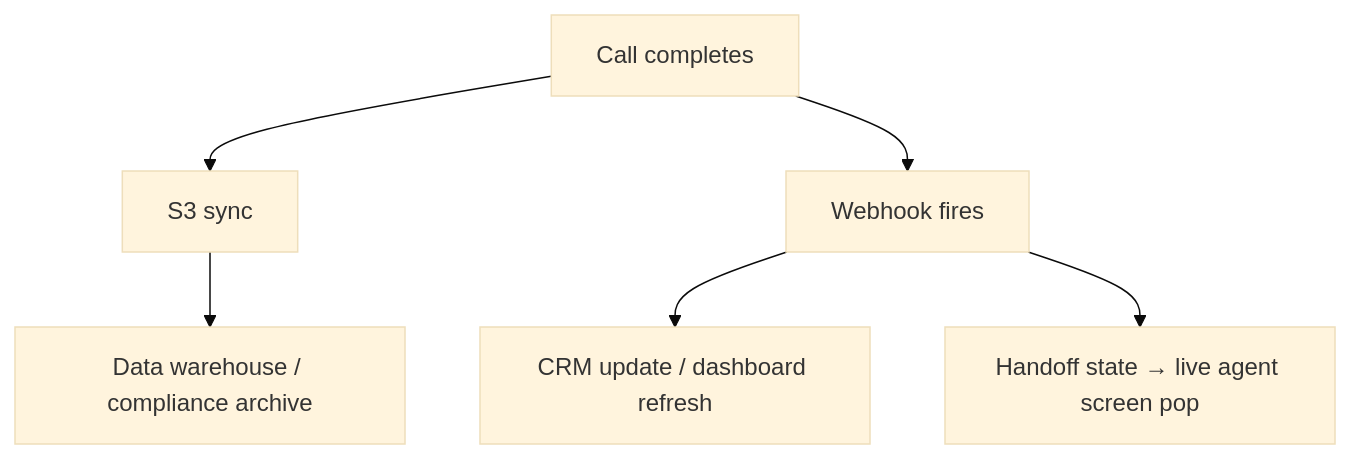
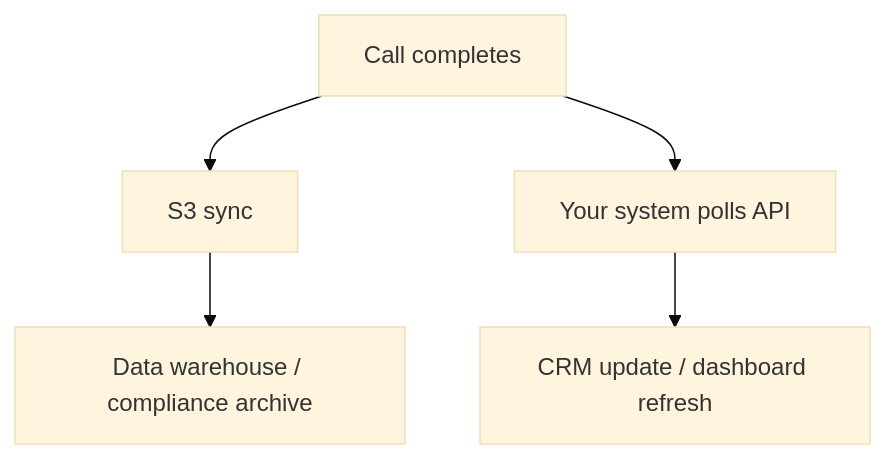
One commit to PolyAI-LDN/polyai-mintlify-doc changed the second of 2 diagrams in guides/export-call-data.mdx. Above: the diagram before and after it, drawn with Mermaid (base theme). The commit also changed other lines of this file and 2 other files, not shown here.

Commit message:
Fix factual errors: remove wrong webhook claims, unverified v2 section, align API URLs

````diff
--- a/guides/export-call-data.mdx
+++ b/guides/export-call-data.mdx
@@ -98,8 +80,7 @@
 ```mermaid
 flowchart TD
     A[Call completes] --> B[S3 sync]
-    A --> C[Webhook fires]
+    A --> C[Your system polls API]
     B --> D[Data warehouse / compliance archive]
     C --> E[CRM update / dashboard refresh]
-    C --> F[Handoff state → live agent screen pop]
 ```
````
